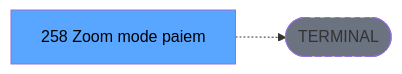
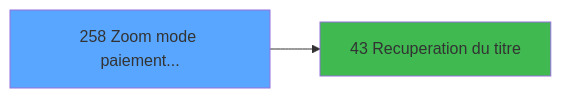
One commit to thonyAGP/magic-migration changed the third of 3 diagrams in .openspec/specs/ADH-IDE-258.md. Above: the diagram before and after it, drawn with Mermaid. The commit also changed other lines of this file and 493 other files, not shown here.

````diff
--- a/.openspec/specs/ADH-IDE-258.md
+++ b/.openspec/specs/ADH-IDE-258.md
@@ -138,8 +228,8 @@
 ```mermaid
 graph LR
-    T[258 Zoom mode paiem]
-    TERM([TERMINAL])
-    T -.-> TERM
-    style TERM fill:#6b7280,stroke-dasharray: 5 5
-    style T fill:#58a6ff,color:#000
+    T258[258 Zoom mode paiement...]
+    style T258 fill:#58a6ff
+    C43[43 Recuperation du titre]
+    T258 --> C43
+    style C43 fill:#3fb950
 ```
````
